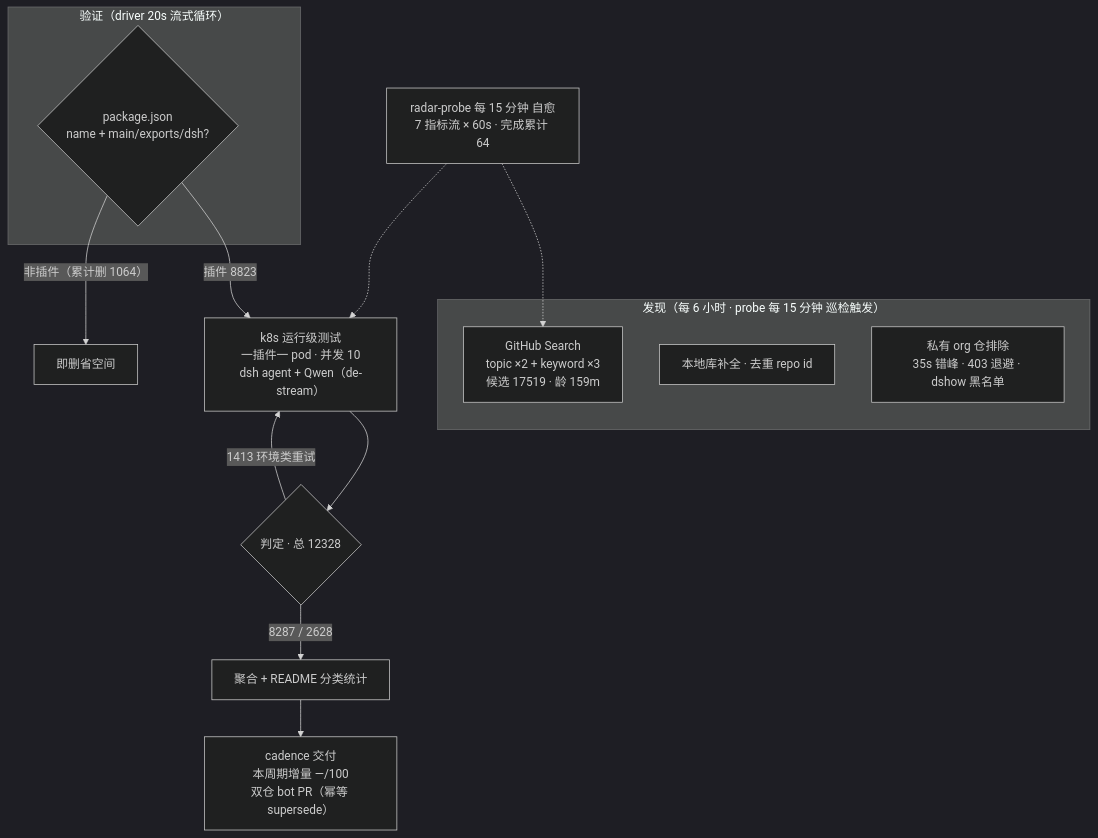
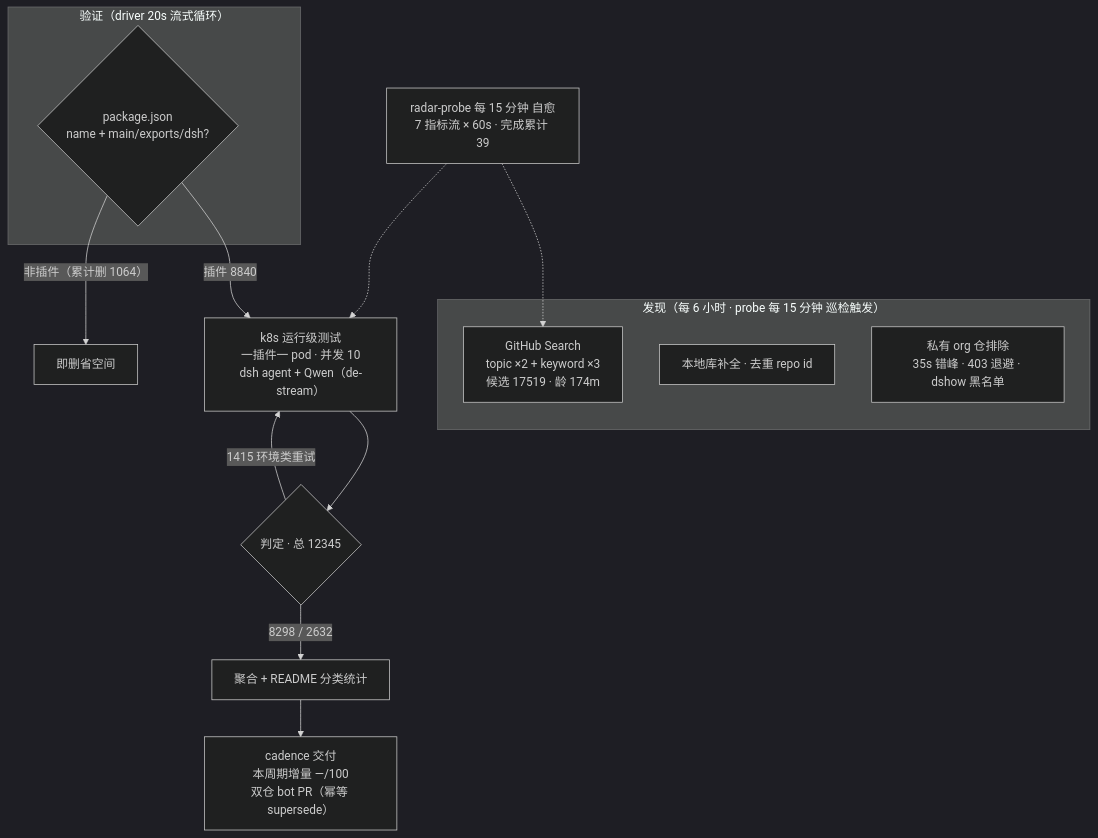
The diagram in README.md (Zhidao-Lab-OSS/awesome-dsh-plugins), drawn with Mermaid (dark theme) before and after one commit. The commit also changed other lines of this file and 1 other file, not shown here.

````diff
--- a/README.md
+++ b/README.md
@@ -52,20 +52,20 @@
 ```mermaid
 flowchart TB
     subgraph Discovery["发现（每 6 小时 · probe 每 15 分钟 巡检触发）"]
-        A1["GitHub Search<br/>topic ×2 + keyword ×3<br/>候选 17519 · 龄 159m"]
+        A1["GitHub Search<br/>topic ×2 + keyword ×3<br/>候选 17519 · 龄 174m"]
         A2["本地库补全 · 去重 repo id"]
         A3["私有 org 仓排除<br/>35s 错峰 · 403 退避 · dshow 黑名单"]
     end
     subgraph Validation["验证（driver 20s 流式循环）"]
         B1{"package.json<br/>name + main/exports/dsh?"}
     end
-    B1 -->|"插件 8823"| C1["k8s 运行级测试<br/>一插件一 pod · 并发 10<br/>dsh agent + Qwen（de-stream）"]
+    B1 -->|"插件 8840"| C1["k8s 运行级测试<br/>一插件一 pod · 并发 10<br/>dsh agent + Qwen（de-stream）"]
     B1 -->|"非插件（累计删 1064）"| B3["即删省空间"]
-    C1 --> D1{"判定 · 总 12328"}
-    D1 -->|"8287 / 2628"| E1["聚合 + README 分类统计"]
-    D1 -->|"1413 环境类重试"| C1
+    C1 --> D1{"判定 · 总 12345"}
+    D1 -->|"8298 / 2632"| E1["聚合 + README 分类统计"]
+    D1 -->|"1415 环境类重试"| C1
     E1 --> E2["cadence 交付<br/>本周期增量 —/100<br/>双仓 bot PR（幂等 supersede）"]
-    M["radar-probe 每 15 分钟 自愈<br/>7 指标流 × 60s · 完成累计 64"]
+    M["radar-probe 每 15 分钟 自愈<br/>7 指标流 × 60s · 完成累计 39"]
     M -.-> A1
     M -.-> C1
 ```
````
